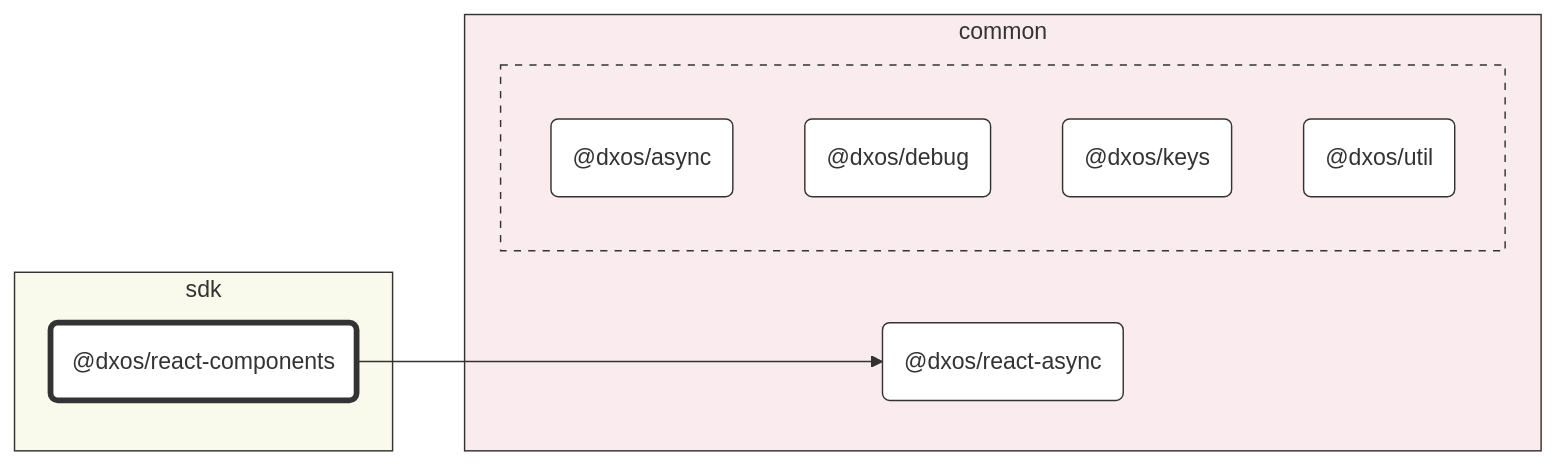
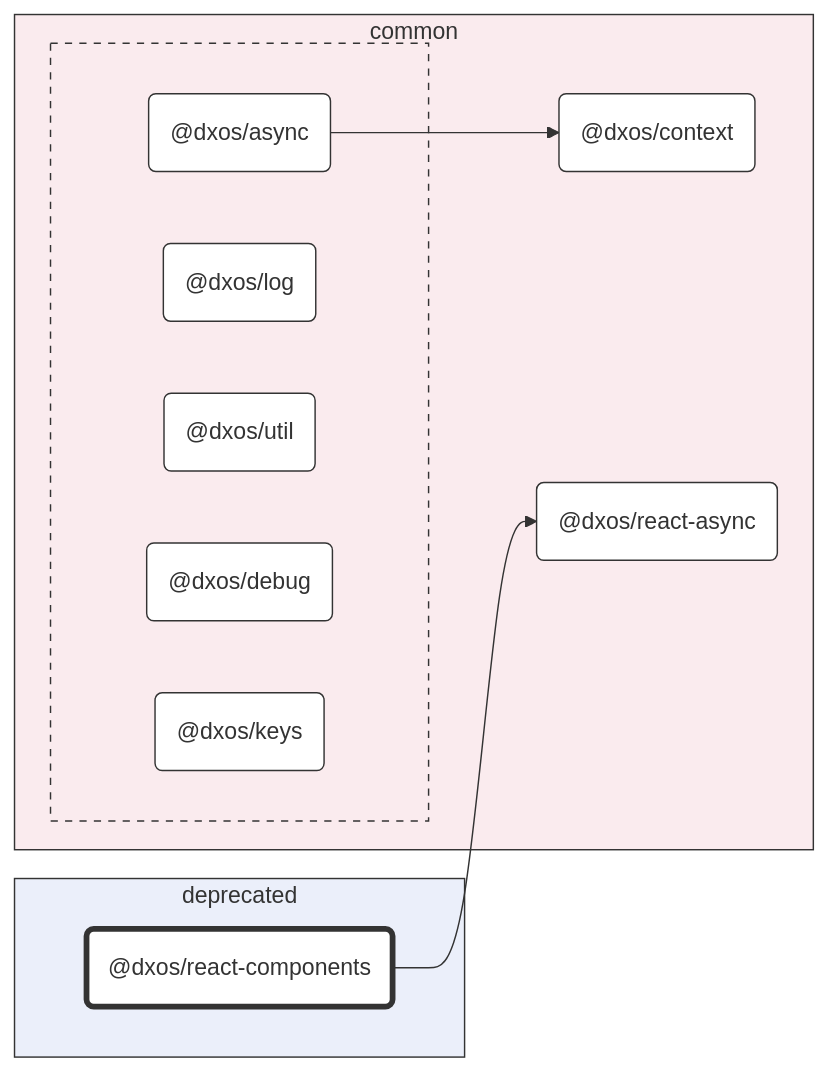
The diagram in packages/deprecated/react-components/docs/README.md (dxos/dxos), drawn with Mermaid before and after one commit. The commit also changed other lines of this file and 95 other files, not shown here.

Commit message:
Class diagrams.

````diff
--- a/packages/deprecated/react-components/docs/README.md
+++ b/packages/deprecated/react-components/docs/README.md
@@ -7,39 +7,44 @@
 ```mermaid
 %%{ init: {'flowchart':{'curve':'basis'}} }%%
 
 flowchart LR
 
 %% Classes
 classDef def fill:#fff,stroke:#333,stroke-width:1px
 classDef root fill:#fff,stroke:#333,stroke-width:4px
 
 %% Nodes
 
-subgraph sdk [sdk]
-  style sdk fill:#f9faeb,stroke:#333
+subgraph deprecated [deprecated]
+  style deprecated fill:#ebeffa,stroke:#333
   dxos/react-components("@dxos/react-components"):::root
-  click dxos/react-components "dxos/dxos/tree/main/packages/sdk/react-components/docs"
+  click dxos/react-components "dxos/dxos/tree/main/packages/deprecated/react-components/docs"
 end
 
 subgraph common [common]
   style common fill:#faebee,stroke:#333
+  dxos/context("@dxos/context"):::def
+  click dxos/context "dxos/dxos/tree/main/packages/common/context/docs"
   dxos/react-async("@dxos/react-async"):::def
   click dxos/react-async "dxos/dxos/tree/main/packages/common/react-async/docs"
 
   subgraph _ [ ]
     style _ fill:#faebee,stroke:#333,stroke-dasharray:5 5
     dxos/async("@dxos/async"):::def
     click dxos/async "dxos/dxos/tree/main/packages/common/async/docs"
+    dxos/log("@dxos/log"):::def
+    click dxos/log "dxos/dxos/tree/main/packages/common/log/docs"
+    dxos/util("@dxos/util"):::def
+    click dxos/util "dxos/dxos/tree/main/packages/common/util/docs"
     dxos/debug("@dxos/debug"):::def
     click dxos/debug "dxos/dxos/tree/main/packages/common/debug/docs"
     dxos/keys("@dxos/keys"):::def
     click dxos/keys "dxos/dxos/tree/main/packages/common/keys/docs"
-    dxos/util("@dxos/util"):::def
-    click dxos/util "dxos/dxos/tree/main/packages/common/util/docs"
   end
 end
 
 %% Links
 linkStyle default stroke:#333,stroke-width:1px
+dxos/async --> dxos/context
 dxos/react-components --> dxos/react-async
 ```
````
